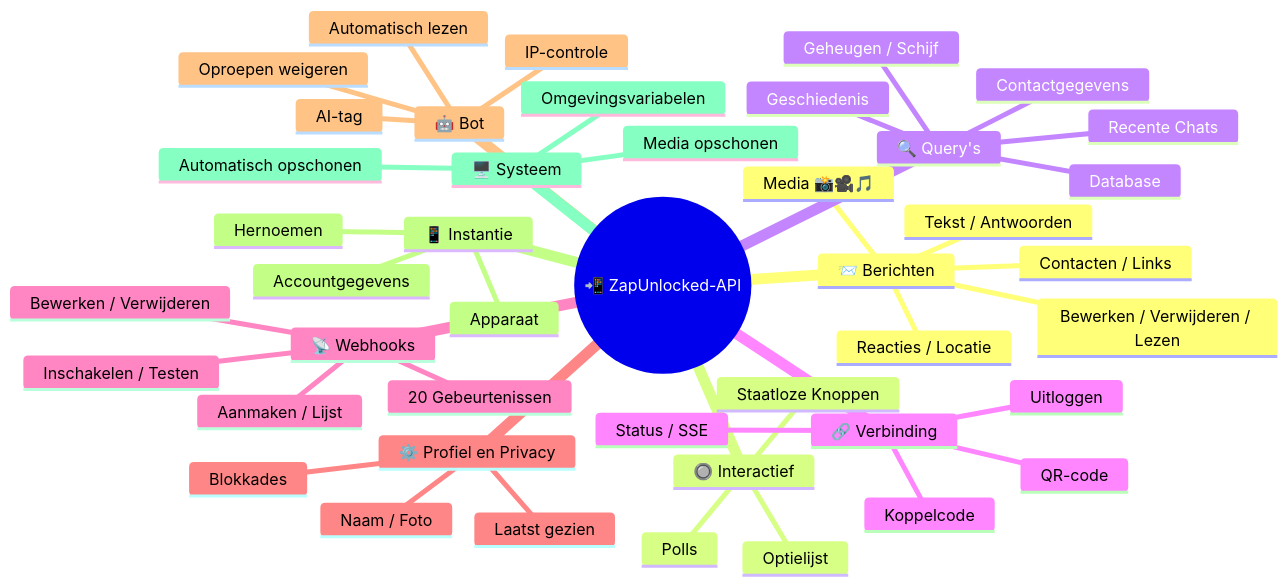
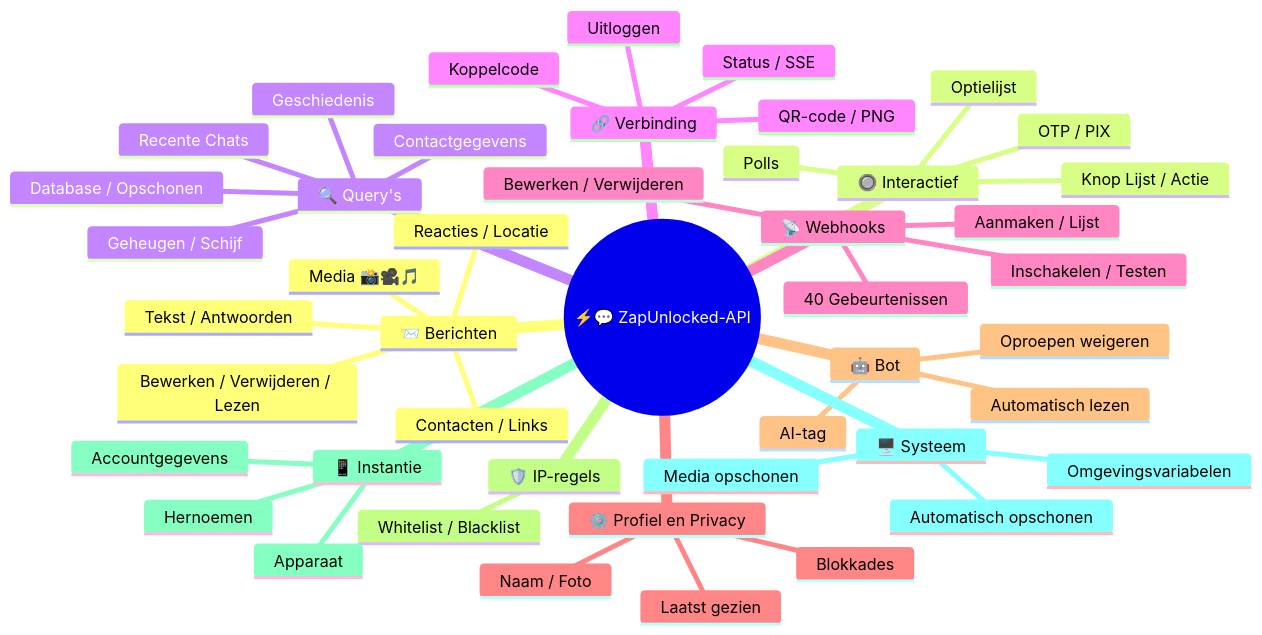
One commit to kauafpssx/ZapUnlocked-API changed the first of 2 diagrams in docs/translations/nl.md. Above: the diagram before and after it, drawn with Mermaid. The commit also changed other lines of this file and 23 other files, not shown here.

````diff
--- a/docs/translations/nl.md
+++ b/docs/translations/nl.md
@@ -52,47 +55,49 @@
 ```mermaid
 mindmap
-  root((📲 ZapUnlocked-API))
+  root((⚡💬 ZapUnlocked-API))
     📨 Berichten
       Tekst / Antwoorden
       Media 📸🎥🎵
       Reacties / Locatie
       Contacten / Links
       Bewerken / Verwijderen / Lezen
     🔘 Interactief
-      Staatloze Knoppen
+      Knop Lijst / Actie
+      OTP / PIX
       Optielijst
       Polls
     🔍 Query's
       Contactgegevens
       Geschiedenis
       Recente Chats
       Geheugen / Schijf
-      Database
+      Database / Opschonen
     🔗 Verbinding
       Status / SSE
-      QR-code
+      QR-code / PNG
       Koppelcode
       Uitloggen
     📡 Webhooks
-      Aanmaken / Lijst
-      Bewerken / Verwijderen
-      Inschakelen / Testen
-      20 Gebeurtenissen
+       Aanmaken / Lijst
+       Bewerken / Verwijderen
+       Inschakelen / Testen
+       40 Gebeurtenissen
     ⚙️ Profiel en Privacy
       Naam / Foto
       Laatst gezien
       Blokkades
     🤖 Bot
       AI-tag
-      IP-controle
       Oproepen weigeren
       Automatisch lezen
+    🛡️ IP-regels
+      Whitelist / Blacklist
     📱 Instantie
       Accountgegevens
       Apparaat
       Hernoemen
     🖥️ Systeem
       Omgevingsvariabelen
       Media opschonen
       Automatisch opschonen
 ```
````
